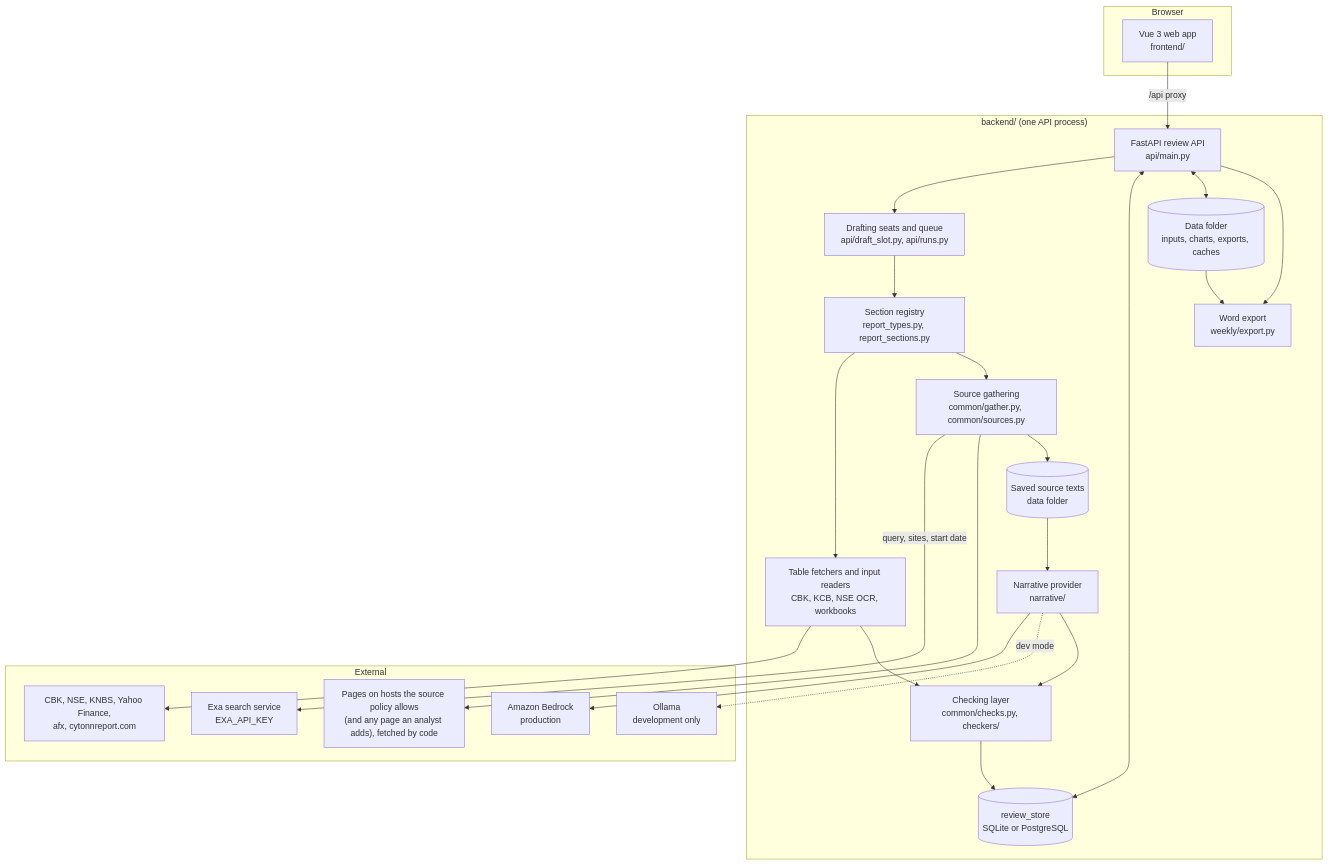
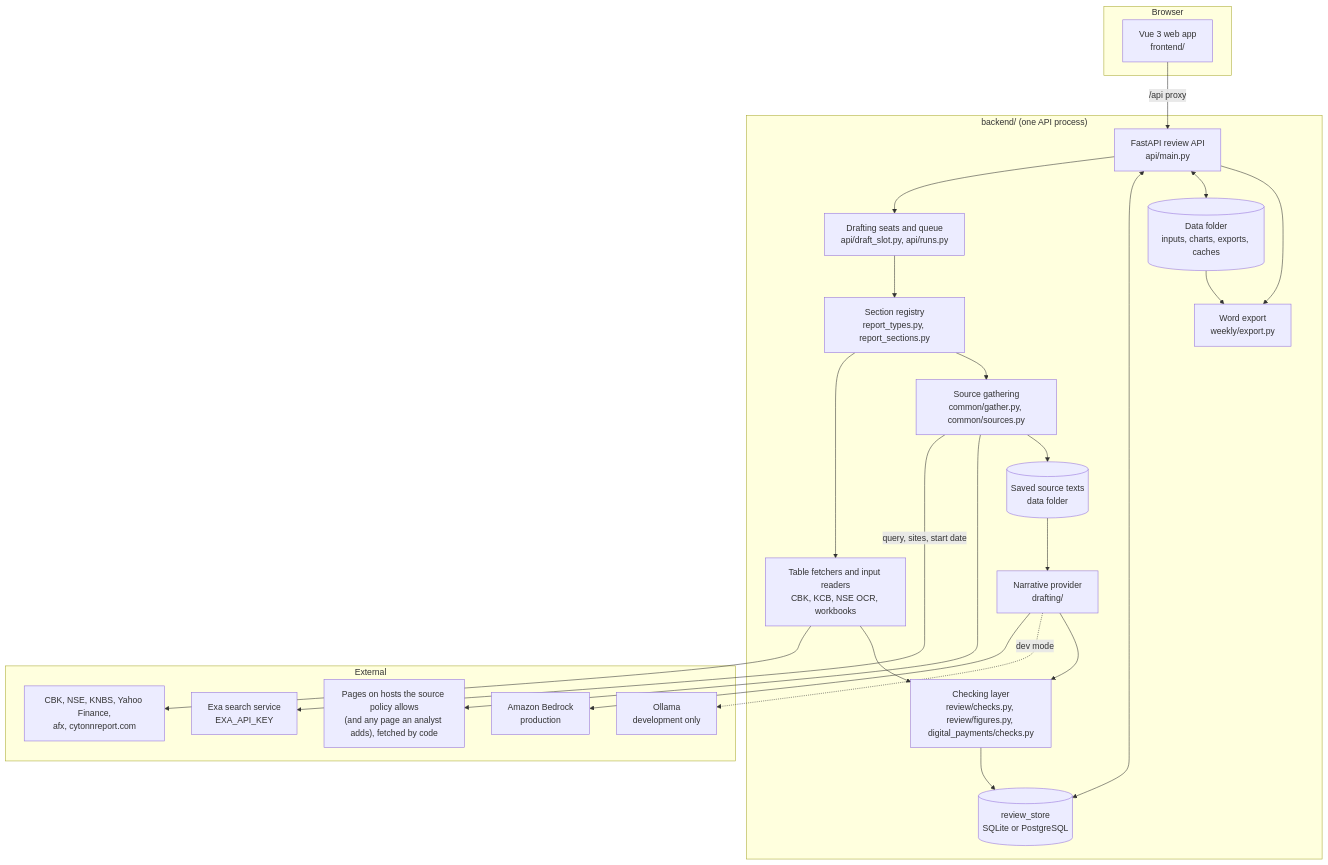
Before and after one commit to clivemisiko/Cytonn_Weekly: the second of 2 diagrams in README.md, drawn with Mermaid. The commit also changed other lines of this file and 9 other files, not shown here.

````diff
--- a/README.md
+++ b/README.md
@@ -37,43 +37,43 @@
 ```mermaid
 flowchart TB
     subgraph Browser
         UI["Vue 3 web app<br/>frontend/"]
     end
     subgraph Backend["backend/ (one API process)"]
         API["FastAPI review API<br/>api/main.py"]
         Q["Drafting seats and queue<br/>api/draft_slot.py, api/runs.py"]
         REG["Section registry<br/>report_types.py, report_sections.py"]
         FETCH["Table fetchers and input readers<br/>CBK, KCB, NSE OCR, workbooks"]
         GATHER["Source gathering<br/>common/gather.py, common/sources.py"]
         SRC[("Saved source texts<br/>data folder")]
-        PROV["Narrative provider<br/>narrative/"]
-        CHECK["Checking layer<br/>common/checks.py, checkers/"]
+        PROV["Narrative provider<br/>drafting/"]
+        CHECK["Checking layer<br/>review/checks.py, review/figures.py, digital_payments/checks.py"]
         STORE[("review_store<br/>SQLite or PostgreSQL")]
         FILES[("Data folder<br/>inputs, charts, exports, caches")]
         DOCX["Word export<br/>weekly/export.py"]
     end
     subgraph External
         PUB["CBK, NSE, KNBS, Yahoo Finance,<br/>afx, cytonnreport.com"]
         EXA["Exa search service<br/>EXA_API_KEY"]
         SITES["Pages on hosts the source policy allows<br/>(and any page an analyst adds), fetched by code"]
         BR["Amazon Bedrock<br/>production"]
         OL["Ollama<br/>development only"]
     end
     UI -->|"/api proxy"| API
     API --> Q --> REG
     REG --> FETCH --> PUB
     REG --> GATHER
     GATHER -->|"query, sites, start date"| EXA
     GATHER --> SITES
     GATHER --> SRC
     SRC --> PROV
     PROV --> BR
     PROV -.dev mode.-> OL
     FETCH --> CHECK
     PROV --> CHECK
     CHECK --> STORE
     API <--> STORE
     API <--> FILES
     API --> DOCX
     FILES --> DOCX
 ```
````
